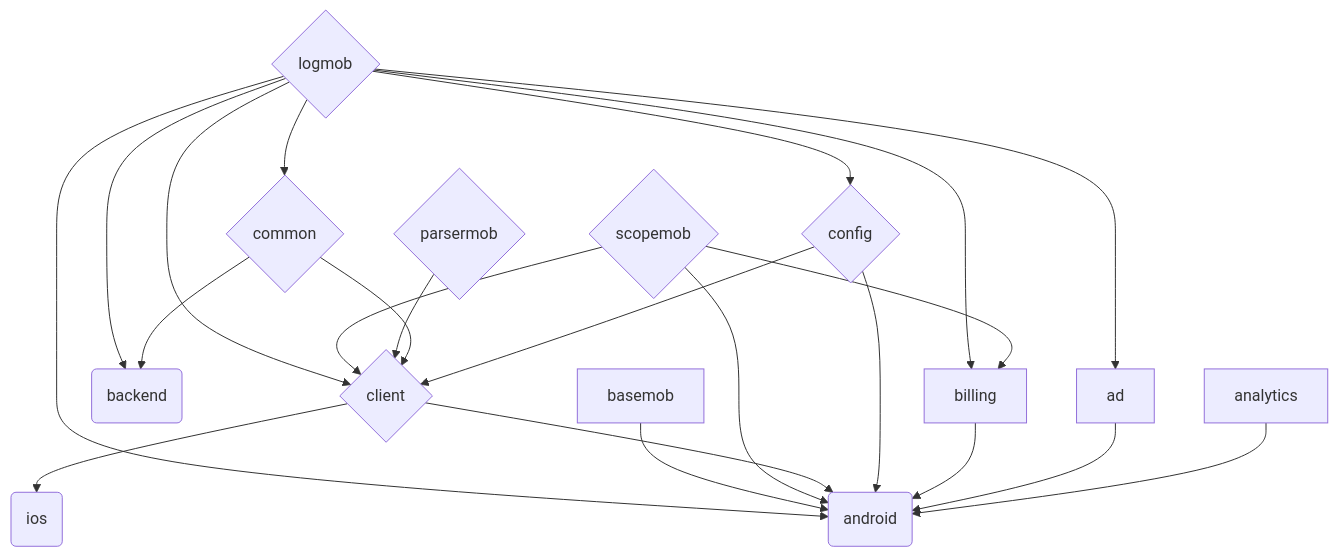
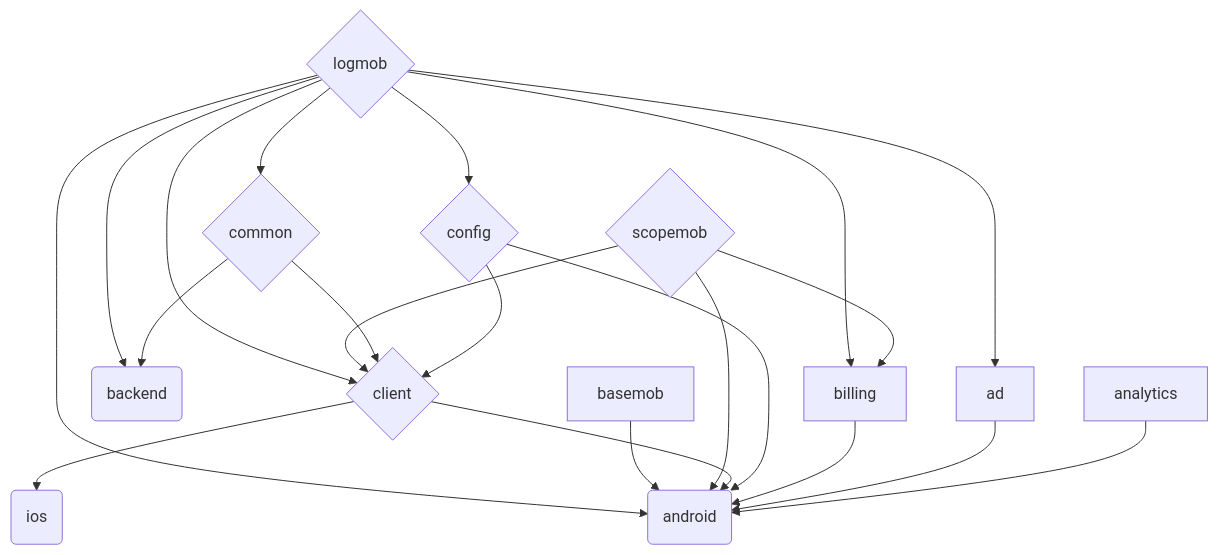
Before and after one commit to Oztechan/CCC: the first of 2 diagrams in README.md, drawn with Mermaid. The commit also changed 6 other files, not shown here.

````diff
--- a/README.md
+++ b/README.md
@@ -85,38 +85,36 @@
 ```mermaid
 graph TD;
 
 logmob{logmob}-->config
 logmob-->ad
 logmob-->android
 logmob-->backend
 logmob-->billing
 logmob-->client
 logmob-->common
 
 basemob-->android
 
 scopemob{scopemob}-->client
 scopemob-->android
 scopemob-->billing
-
-parsermob{parsermob}-->client
 
 client{client}-->android
 client-->ios
 
 common{common}-->client
 common-->backend
 
 config{config}-->android
 config-->client
 
 billing-->android
 
 ad-->android
 
 analytics-->android
 
 backend(backend)
 android(android)
 ios(ios)
 ```
````
